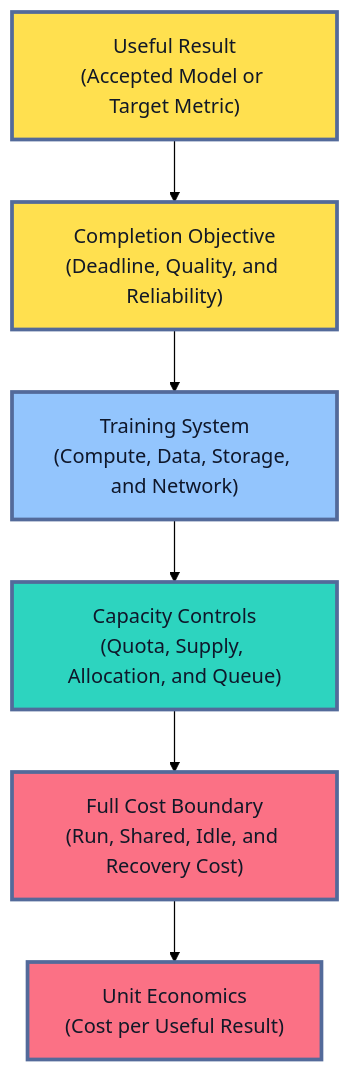
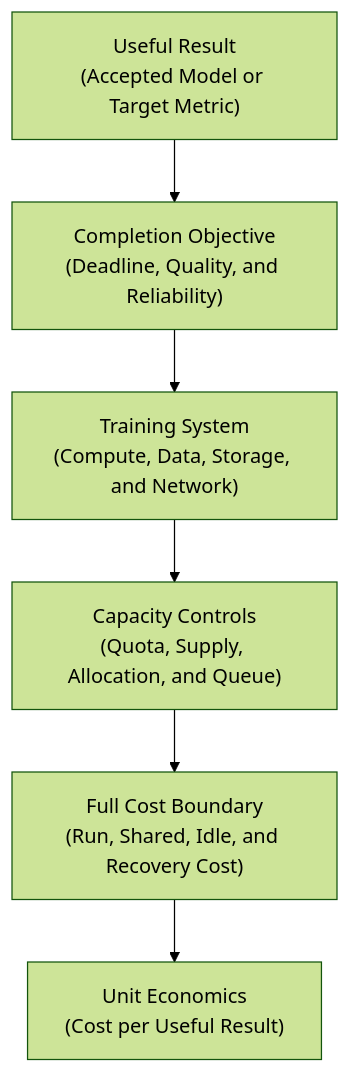
The first of 5 diagrams in roadmaps/mlops/modules/training-pipelines/scaling-training/03-training-cost-and-quotas.md (senlinyy/dev-roadmaps), drawn with Mermaid (forest theme) before and after one commit. The commit also changed other lines of this file and 152 other files, not shown here.

Commit message:
feat: mlops and diagrams updated

````diff
--- a/roadmaps/mlops/modules/training-pipelines/scaling-training/03-training-cost-and-quotas.md
+++ b/roadmaps/mlops/modules/training-pipelines/scaling-training/03-training-cost-and-quotas.md
@@ -38,17 +38,13 @@
 ```mermaid
 flowchart TD
     A["Useful Result<br/>(Accepted Model or Target Metric)"] --> B["Completion Objective<br/>(Deadline, Quality, and Reliability)"]
     B --> C["Training System<br/>(Compute, Data, Storage, and Network)"]
     C --> D["Capacity Controls<br/>(Quota, Supply, Allocation, and Queue)"]
     D --> E["Full Cost Boundary<br/>(Run, Shared, Idle, and Recovery Cost)"]
     E --> F["Unit Economics<br/>(Cost per Useful Result)"]
 
-    classDef objective fill:#FFE04F,stroke:#536A9A,stroke-width:3px,color:#111827
-    classDef system fill:#93C5FD,stroke:#536A9A,stroke-width:3px,color:#0F172A
-    classDef control fill:#2DD4BF,stroke:#536A9A,stroke-width:3px,color:#0F172A
-    classDef result fill:#FB7185,stroke:#536A9A,stroke-width:3px,color:#111827
     class A,B objective
     class C system
     class D control
     class E,F result
 ```
````
